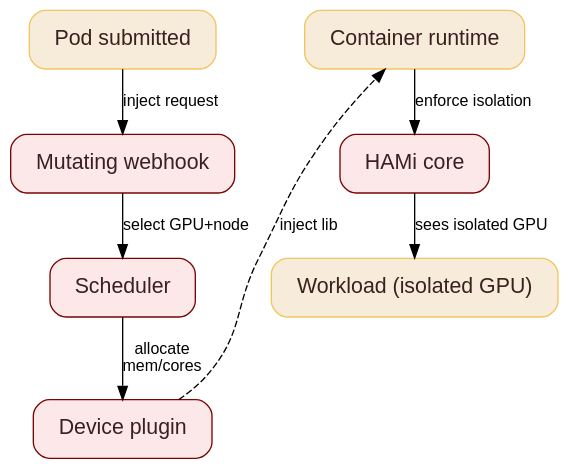
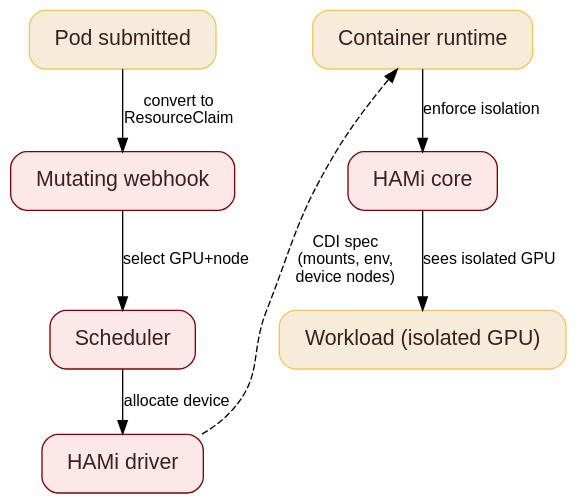
One commit to fishman/talks changed the diagram in snow_corp_cncf.md. Above: the diagram before and after it, drawn with Graphviz. The commit also changed other lines of this file, not shown here.

````diff
--- a/snow_corp_cncf.md
+++ b/snow_corp_cncf.md
@@ -300,30 +300,30 @@
 ```dot
 digraph G {
   rankdir=TB
   bgcolor=transparent
   node [shape=box style="rounded,filled" fontname="Arial" fontsize=16 margin="0.25,0.18"]
   edge [fontname="Arial" fontsize=12]
 
   pod [label="Pod submitted" fillcolor="#F6ECD9" color="#F1C560" fontcolor="#3a2020"]
   webhook [label="Mutating webhook" fillcolor="#fce8e8" color="#7A0504" fontcolor="#3a2020"]
   sched [label="Scheduler" fillcolor="#fce8e8" color="#7A0504" fontcolor="#3a2020"]
-  device [label="Device plugin" fillcolor="#fce8e8" color="#7A0504" fontcolor="#3a2020"]
+  device [label="HAMi driver" fillcolor="#fce8e8" color="#7A0504" fontcolor="#3a2020"]
 
   runtime [label="Container runtime" fillcolor="#F6ECD9" color="#F1C560" fontcolor="#3a2020"]
   core [label="HAMi core" fillcolor="#fce8e8" color="#7A0504" fontcolor="#3a2020"]
   workload [label="Workload (isolated GPU)" fillcolor="#F6ECD9" color="#F1C560" fontcolor="#3a2020"]
 
   { rank=same; pod; runtime }
   { rank=same; webhook; core }
   { rank=same; sched; workload }
 
-  pod -> webhook [label="inject request"]
+  pod -> webhook [label="convert to\nResourceClaim"]
   webhook -> sched [label="select GPU+node"]
-  sched -> device [label="allocate\nmem/cores"]
+  sched -> device [label="allocate device"]
 
-  device -> runtime [label="inject lib" constraint=false style=dashed]
+  device -> runtime [label="CDI spec\n(mounts, env,\ndevice nodes)" constraint=false style=dashed]
 
   runtime -> core [label="enforce isolation"]
   core -> workload [label="sees isolated GPU"]
 }
 ```
````
